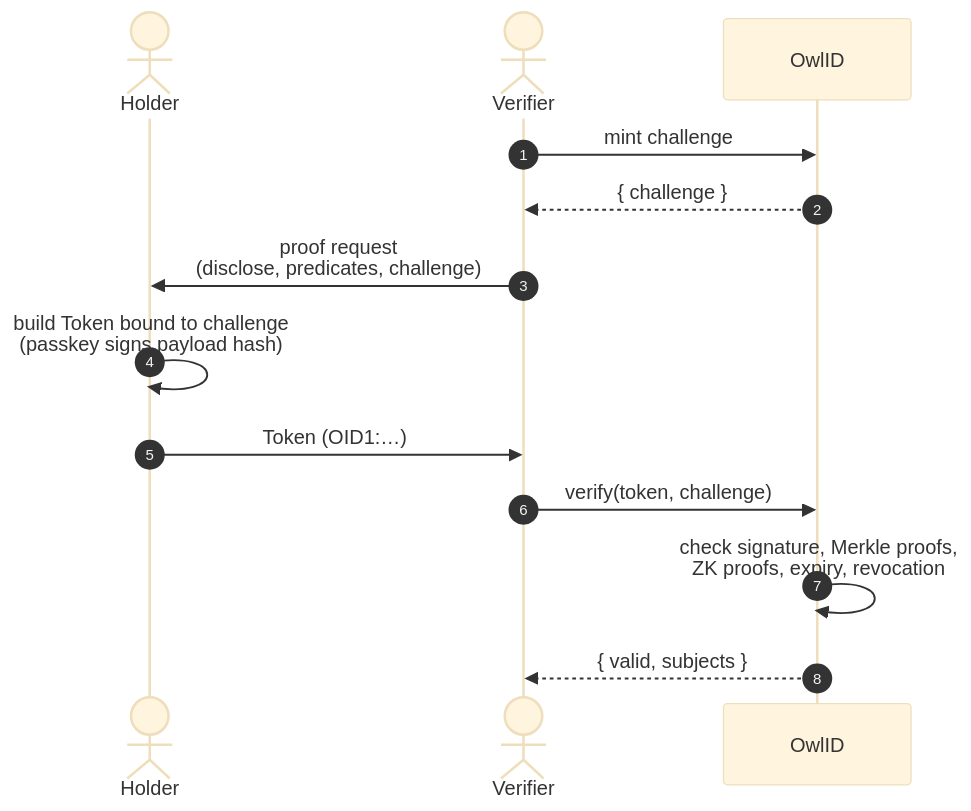
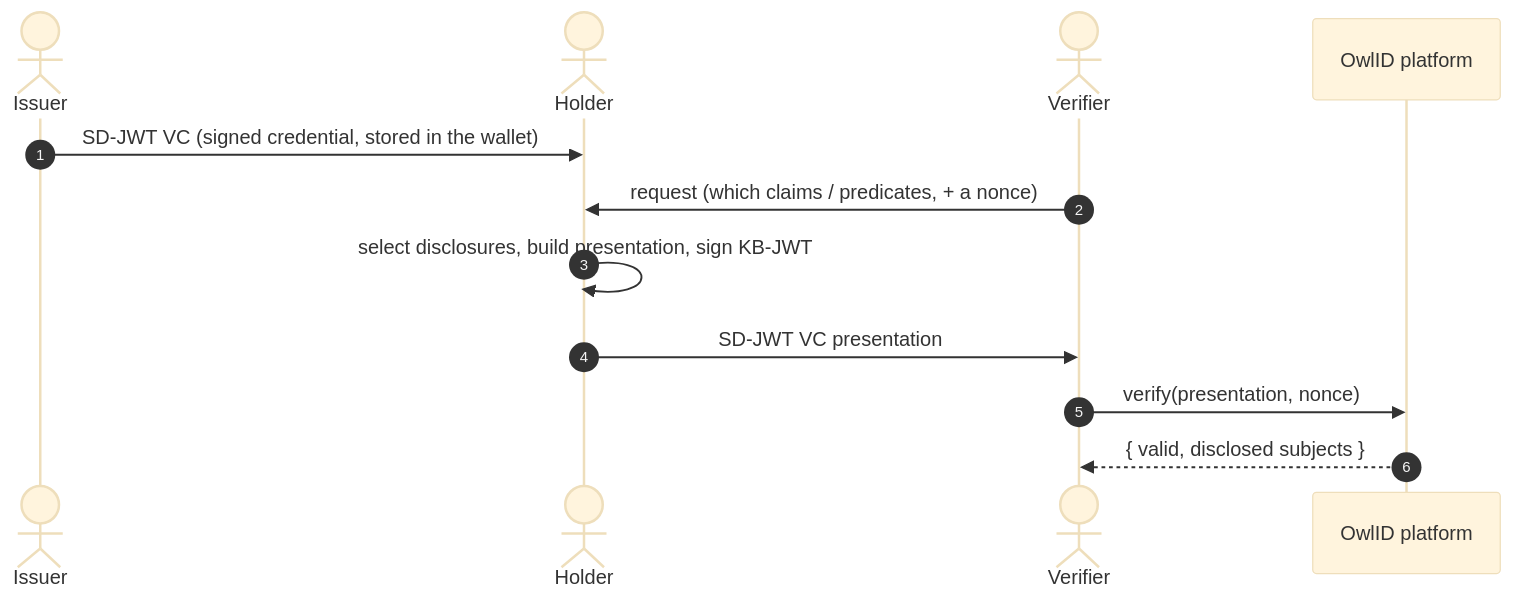
Before and after one commit to TriplePlayLabs/OWLID_RELEASE: the first of 2 diagrams in packages/docs-site/docs/architecture/overview.md, drawn with Mermaid (base theme). The commit also changed other lines of this file and 651 other files, not shown here.

````diff
--- a/packages/docs-site/docs/architecture/overview.md
+++ b/packages/docs-site/docs/architecture/overview.md
@@ -90,16 +13,14 @@
 ```mermaid
 sequenceDiagram
     autonumber
+    actor Issuer
     actor Holder
     actor Verifier
-    participant Owl as OwlID
-
-    Verifier->>Owl: mint challenge
-    Owl-->>Verifier: { challenge }
-    Verifier->>Holder: proof request<br/>(disclose, predicates, challenge)
-    Holder->>Holder: build Token bound to challenge<br/>(passkey signs payload hash)
-    Holder->>Verifier: Token (OID1:…)
-    Verifier->>Owl: verify(token, challenge)
-    Owl->>Owl: check signature, Merkle proofs,<br/>ZK proofs, expiry, revocation
-    Owl-->>Verifier: { valid, subjects }
+    participant Owl as OwlID platform
+    Issuer->>Holder: SD-JWT VC (signed credential, stored in the wallet)
+    Verifier->>Holder: request (which claims / predicates, + a nonce)
+    Holder->>Holder: select disclosures, build presentation, sign KB-JWT
+    Holder->>Verifier: SD-JWT VC presentation
+    Verifier->>Owl: verify(presentation, nonce)
+    Owl-->>Verifier: { valid, disclosed subjects }
 ```
````
